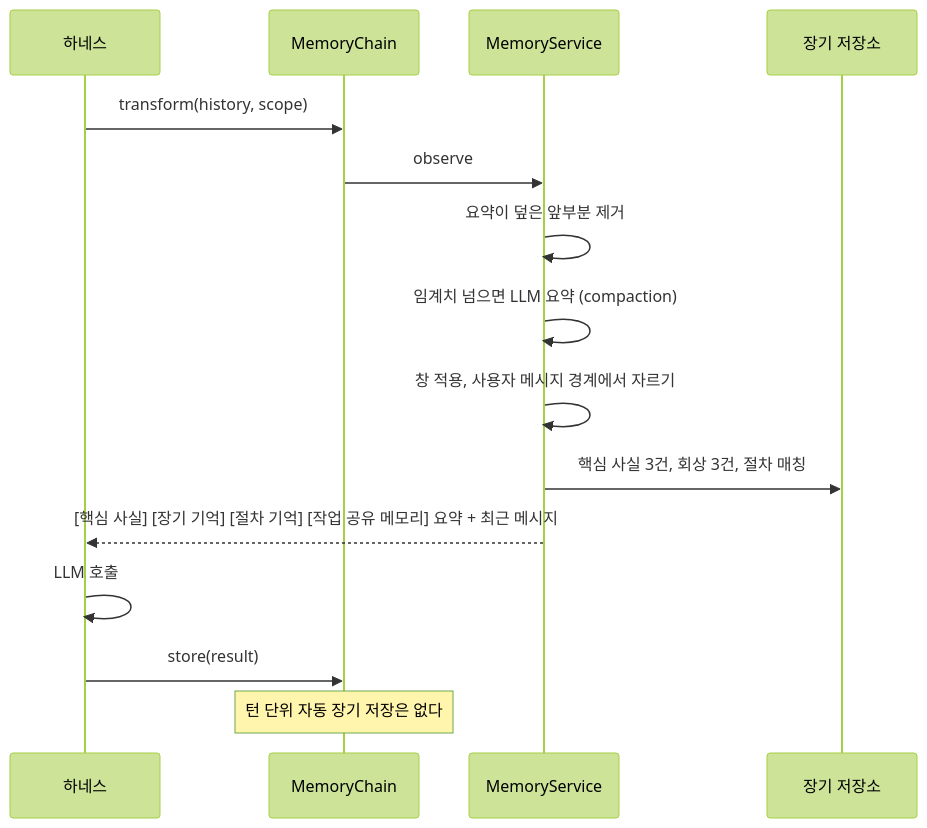
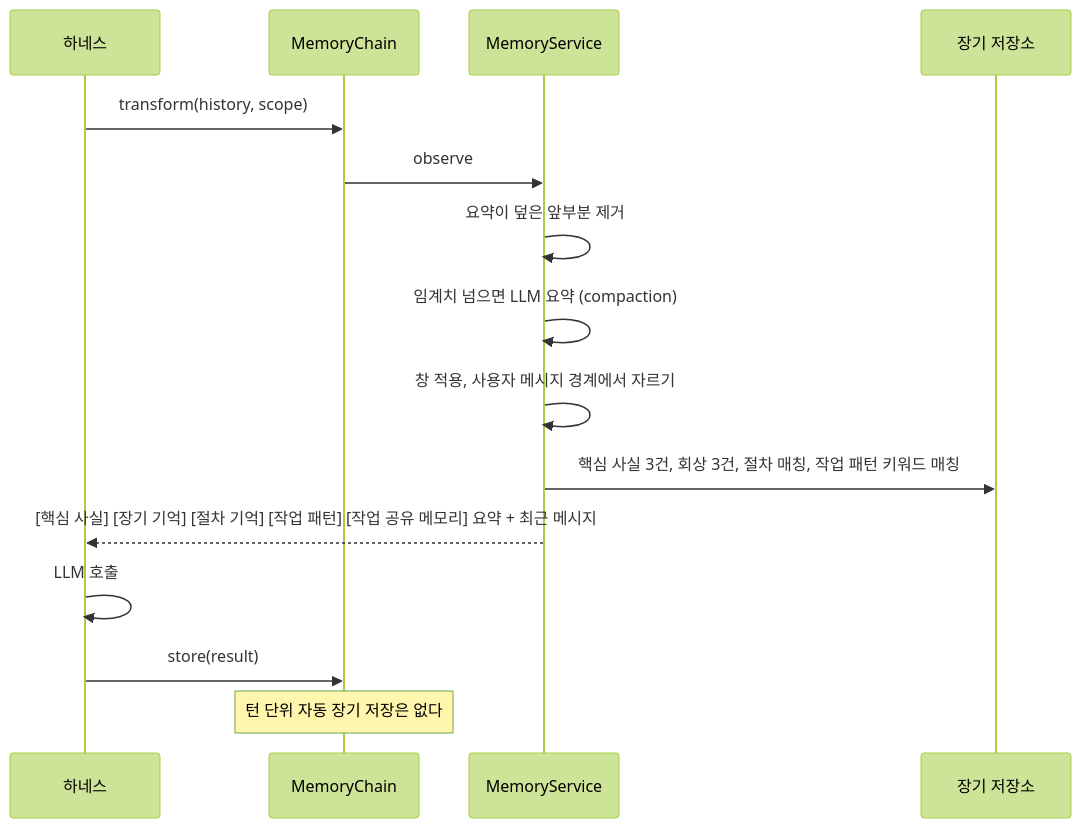
The first of 2 diagrams in website/docs/features/memory.md (ash-hun/jarvis-agent), drawn with Mermaid (forest theme) before and after one commit. The commit also changed other lines of this file and 41 other files, not shown here.

````diff
--- a/website/docs/features/memory.md
+++ b/website/docs/features/memory.md
@@ -22,17 +23,17 @@
 ```mermaid
 sequenceDiagram
   participant H as 하네스
   participant C as MemoryChain
   participant M as MemoryService
   participant S as 장기 저장소
   H->>C: transform(history, scope)
   C->>M: observe
   M->>M: 요약이 덮은 앞부분 제거
   M->>M: 임계치 넘으면 LLM 요약 (compaction)
   M->>M: 창 적용, 사용자 메시지 경계에서 자르기
-  M->>S: 핵심 사실 3건, 회상 3건, 절차 매칭
-  M-->>H: [핵심 사실] [장기 기억] [절차 기억] [작업 공유 메모리] 요약 + 최근 메시지
+  M->>S: 핵심 사실 3건, 회상 3건, 절차 매칭, 작업 패턴 키워드 매칭
+  M-->>H: [핵심 사실] [장기 기억] [절차 기억] [작업 패턴] [작업 공유 메모리] 요약 + 최근 메시지
   H->>H: LLM 호출
   H->>C: store(result)
   Note over C: 턴 단위 자동 장기 저장은 없다
 ```
````
